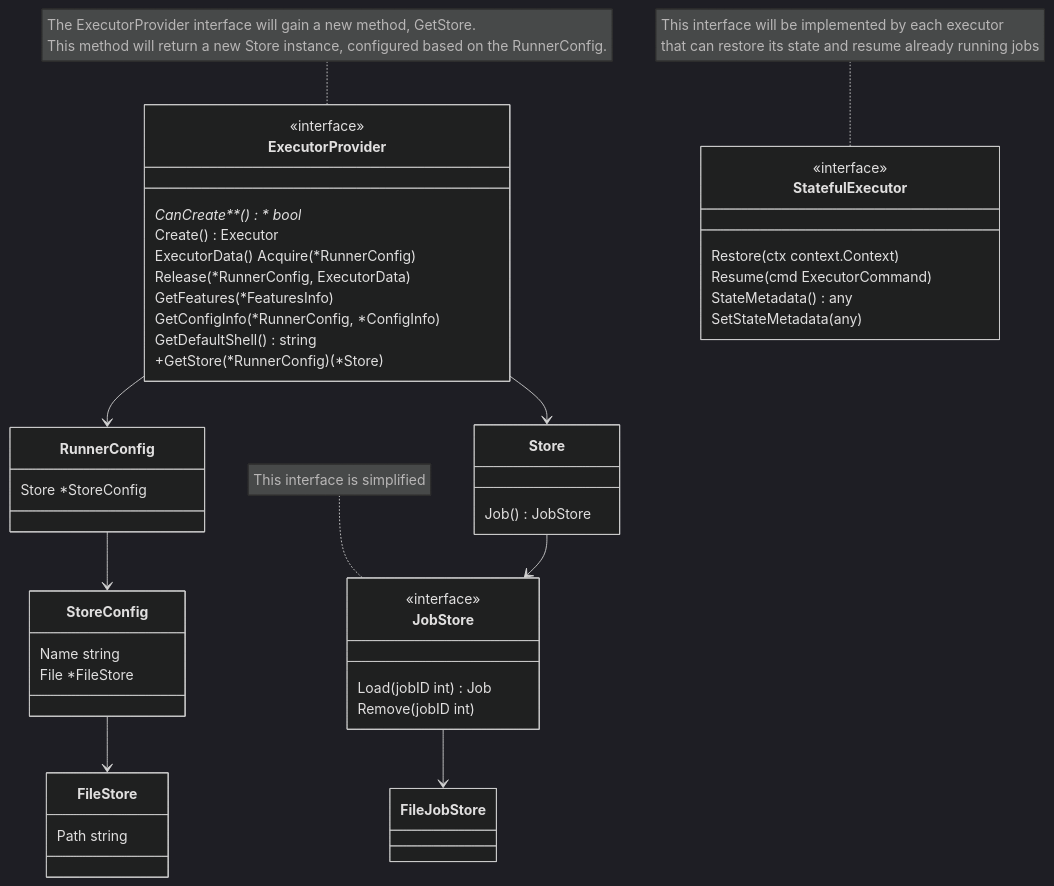
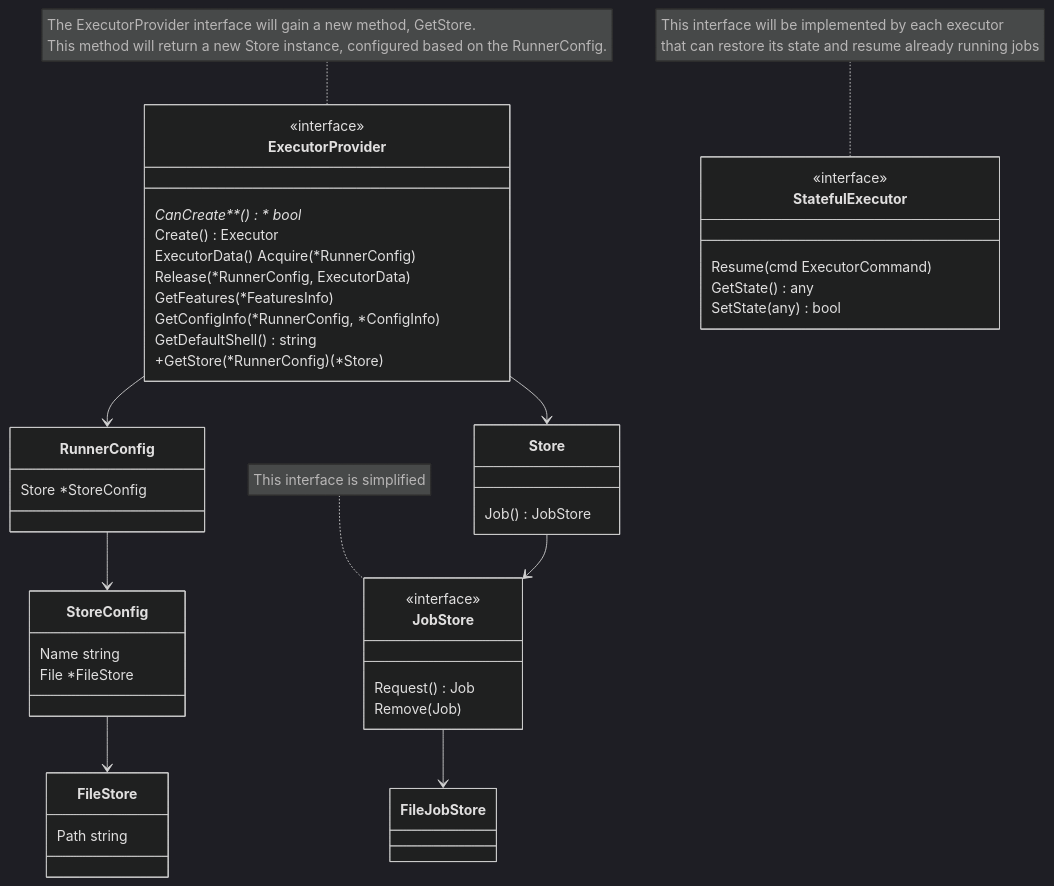
Before and after one commit to moliver28/research-handbook: the fourth of 4 diagrams in content/handbook/engineering/architecture/design-documents/runner_fault_tolerance/_index.md, drawn with Mermaid (dark theme). The commit also changed other lines of this file, not shown here.

Commit message:
Update design document to include more Store, File Store and Deployment details as well as future development

````diff
--- a/content/handbook/engineering/architecture/design-documents/runner_fault_tolerance/_index.md
+++ b/content/handbook/engineering/architecture/design-documents/runner_fault_tolerance/_index.md
@@ -143,61 +237,60 @@
 ```mermaid
 classDiagram
- ExecutorProvider --> RunnerConfig
- RunnerConfig --> StoreConfig
- StoreConfig --> FileStore
+	ExecutorProvider --> RunnerConfig
+	RunnerConfig --> StoreConfig
+	StoreConfig --> FileStore
 
- ExecutorProvider --> Store
- Store --> JobStore
- JobStore --> FileJobStore
+	ExecutorProvider --> Store
+	Store --> JobStore
+	JobStore --> FileJobStore
 
- note for ExecutorProvider "The ExecutorProvider interface will gain a new method, GetStore.
- This method will return a new Store instance, configured based on the RunnerConfig."
- class ExecutorProvider {
-  <<interface>>
-  CanCreate**()** bool
-  Create() Executor
+	note for ExecutorProvider "The ExecutorProvider interface will gain a new method, GetStore.
+	This method will return a new Store instance, configured based on the RunnerConfig."
+	class ExecutorProvider {
+		<<interface>>
+		CanCreate**()**	bool
+		Create() Executor
     ExecutorData() Acquire(*RunnerConfig)
     Release(*RunnerConfig, ExecutorData)
     GetFeatures(*FeaturesInfo)
     GetConfigInfo(*RunnerConfig, *ConfigInfo)
     GetDefaultShell() string
     +GetStore(*RunnerConfig) (*Store)
- }
+	}
 
- class RunnerConfig {
-  Store *StoreConfig
- }
+	class RunnerConfig {
+		Store *StoreConfig
+	}
 
- class StoreConfig {
-  Name string
-  File *FileStore
- }
+	class StoreConfig {
+		Name string
+		File *FileStore
+	}
 
- class FileStore {
-  Path string
- }
+	class FileStore {
+		Path string
+	}
 
- class Store {
-  Job() JobStore
- }
+	class Store {
+		Job() JobStore
+	}
 
- note for JobStore "This interface is simplified"
- class JobStore {
-  <<interface>>
-  Load(jobID int) Job
-  Remove(jobID int)
- }
+	note for JobStore "This interface is simplified"
+	class JobStore {
+		<<interface>>
+		Request() Job
+		Remove(Job)
+	}
 
- class FileJobStore {
- }
+	class FileJobStore {
+	}
 
- note for StatefulExecutor "This interface will be implemented by each executor
- that can restore its state and resume already running jobs"
- class StatefulExecutor {
-  <<interface>>
-  Restore(ctx context.Context)
-  Resume(cmd ExecutorCommand)
-  StateMetadata() any
-  SetStateMetadata(any)
- }
+	note for StatefulExecutor "This interface will be implemented by each executor
+	that can restore its state and resume already running jobs"
+	class StatefulExecutor {
+		<<interface>>
+		Resume(cmd ExecutorCommand)
+		GetState() any
+		SetState(any) bool
+	}
 ```
````
